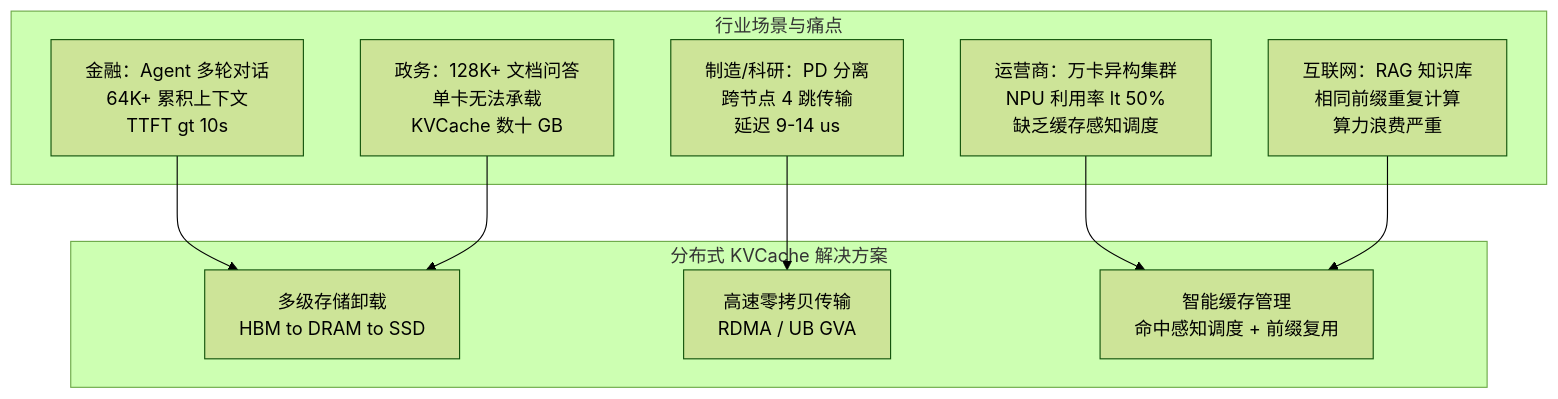
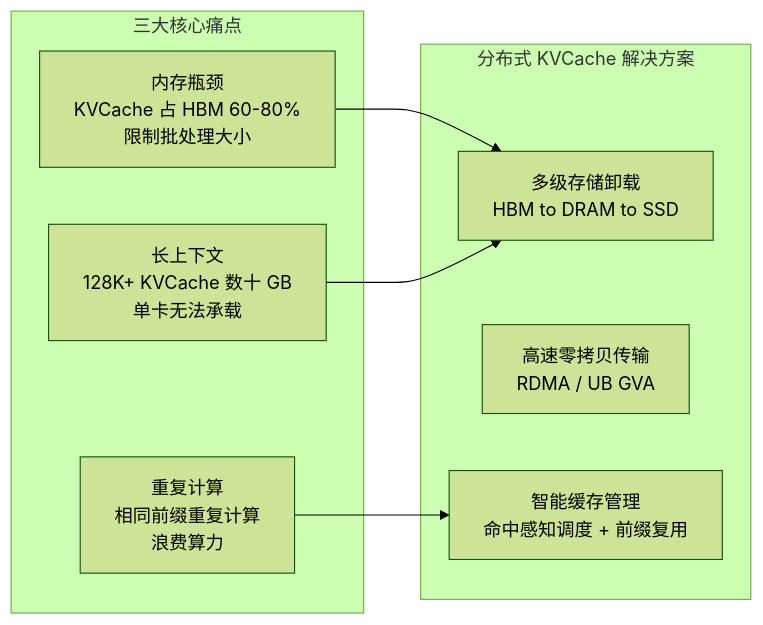
One commit to QJWang23/Mooncake changed the first of 10 diagrams in docs/superpowers/briefings/2026-06-11-distributed-kvcache-executive-briefing.md. Above: the diagram before and after it, drawn with Mermaid (forest theme). The commit also changed other lines of this file, not shown here.

````diff
--- a/docs/superpowers/briefings/2026-06-11-distributed-kvcache-executive-briefing.md
+++ b/docs/superpowers/briefings/2026-06-11-distributed-kvcache-executive-briefing.md
@@ -83,22 +58,18 @@
 ```mermaid
-graph TB
-    subgraph 行业痛点["行业场景与痛点"]
-        FIN["金融：Agent 多轮对话<br/>64K+ 累积上下文<br/>TTFT gt 10s"]
-        TELCO["运营商：万卡异构集群<br/>NPU 利用率 lt 50%<br/>缺乏缓存感知调度"]
-        GOV["政务：128K+ 文档问答<br/>单卡无法承载<br/>KVCache 数十 GB"]
-        INTERNET["互联网：RAG 知识库<br/>相同前缀重复计算<br/>算力浪费严重"]
-        MFG["制造/科研：PD 分离<br/>跨节点 4 跳传输<br/>延迟 9-14 us"]
+graph LR
+    subgraph 痛点["三大核心痛点"]
+        P1["内存瓶颈<br/>KVCache 占 HBM 60-80%<br/>限制批处理大小"]
+        P2["长上下文<br/>128K+ KVCache 数十 GB<br/>单卡无法承载"]
+        P3["重复计算<br/>相同前缀重复计算<br/>浪费算力"]
     end
 
-    subgraph KVCache解决方案["分布式 KVCache 解决方案"]
-        LAYER1["多级存储卸载<br/>HBM to DRAM to SSD"]
-        LAYER2["高速零拷贝传输<br/>RDMA / UB GVA"]
-        LAYER3["智能缓存管理<br/>命中感知调度 + 前缀复用"]
+    subgraph KVCache方案["分布式 KVCache 解决方案"]
+        S1["多级存储卸载<br/>HBM to DRAM to SSD"]
+        S2["高速零拷贝传输<br/>RDMA / UB GVA"]
+        S3["智能缓存管理<br/>命中感知调度 + 前缀复用"]
     end
 
-    FIN --> LAYER1
-    GOV --> LAYER1
-    TELCO --> LAYER3
-    INTERNET --> LAYER3
-    MFG --> LAYER2
+    P1 --> S1
+    P2 --> S1
+    P3 --> S3
 ```
````
